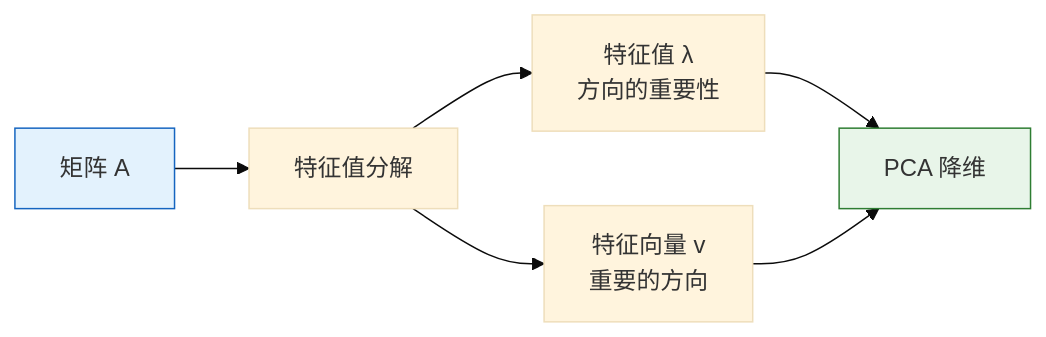
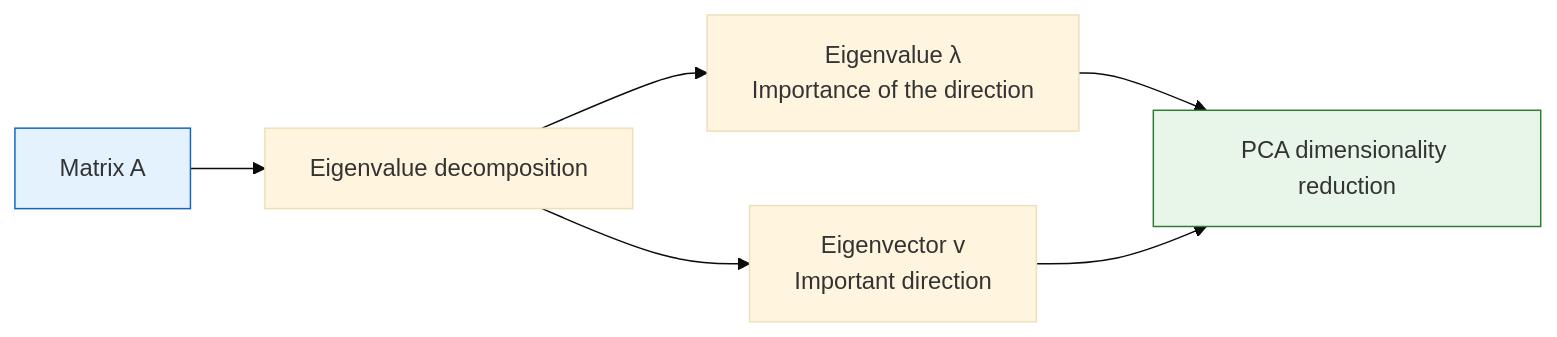
One commit to oudbiao/AI-fullstack-course changed the fourth of 4 diagrams in docs/ch04-ai-math/ch01-linear-algebra/03-eigenvalues.md. Above: the diagram before and after it, drawn with Mermaid (base theme). The commit also changed other lines of this file and 1406 other files, not shown here.

````diff
--- a/docs/ch04-ai-math/ch01-linear-algebra/03-eigenvalues.md
+++ b/docs/ch04-ai-math/ch01-linear-algebra/03-eigenvalues.md
@@ -448,11 +448,11 @@
 ```mermaid
 flowchart LR
-    A["矩阵 A"] --> B["特征值分解"]
-    B --> C["特征值 λ<br/>方向的重要性"]
-    B --> D["特征向量 v<br/>重要的方向"]
-    C --> PCA["PCA 降维"]
+    A["Matrix A"] --> B["Eigenvalue decomposition"]
+    B --> C["Eigenvalue λ<br/>Importance of the direction"]
+    B --> D["Eigenvector v<br/>Important direction"]
+    C --> PCA["PCA dimensionality reduction"]
     D --> PCA
 
     style A fill:#e3f2fd,stroke:#1565c0,color:#333
     style PCA fill:#e8f5e9,stroke:#2e7d32,color:#333
 ```
````
